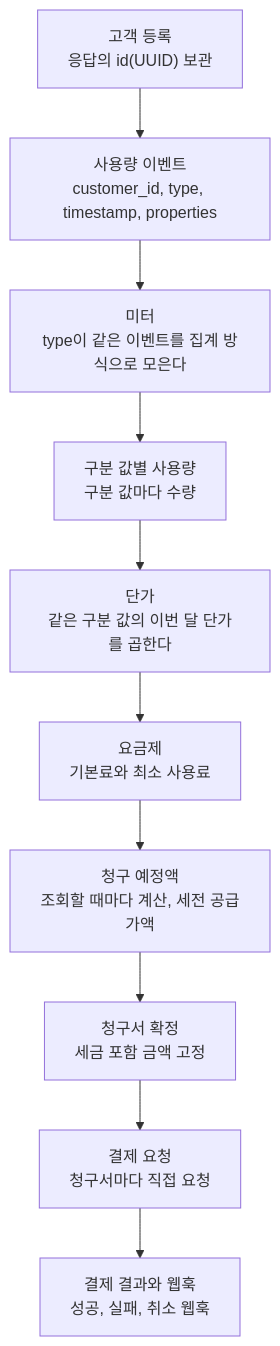
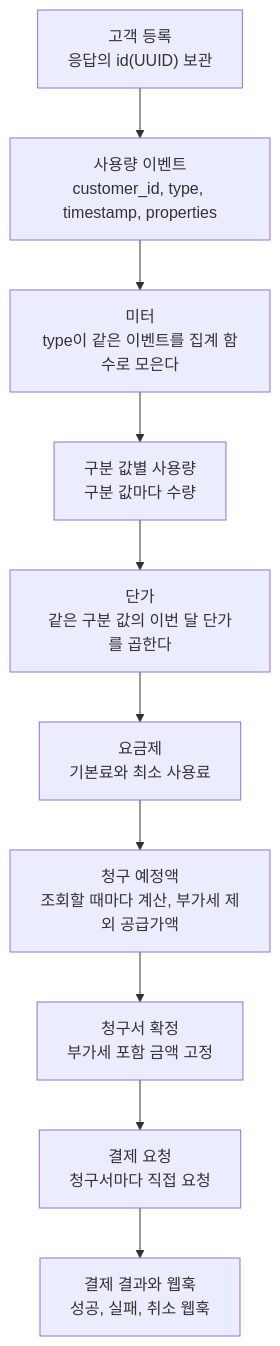
Before and after one commit to asm17-ms2/meterengine: the diagram in guide/concepts/how-it-works.mdx, drawn with Mermaid. The commit also changed other lines of this file and 65 other files, not shown here.

````diff
--- a/guide/concepts/how-it-works.mdx
+++ b/guide/concepts/how-it-works.mdx
@@ -10,13 +10,13 @@
 ```mermaid
 flowchart TD
   C["고객 등록<br/>응답의 id(UUID) 보관"] --> E
   E["사용량 이벤트<br/>customer_id, type, timestamp, properties"] --> M
-  M["미터<br/>type이 같은 이벤트를 집계 방식으로 모은다"] --> U
+  M["미터<br/>type이 같은 이벤트를 집계 함수로 모은다"] --> U
   U["구분 값별 사용량<br/>구분 값마다 수량"] --> R
   R["단가<br/>같은 구분 값의 이번 달 단가를 곱한다"] --> P
   P["요금제<br/>기본료와 최소 사용료"] --> D
-  D["청구 예정액<br/>조회할 때마다 계산, 세전 공급가액"] --> F
-  F["청구서 확정<br/>세금 포함 금액 고정"] --> Q
+  D["청구 예정액<br/>조회할 때마다 계산, 부가세 제외 공급가액"] --> F
+  F["청구서 확정<br/>부가세 포함 금액 고정"] --> Q
   Q["결제 요청<br/>청구서마다 직접 요청"] --> W
   W["결제 결과와 웹훅<br/>성공, 실패, 취소 웹훅"]
 ```
````
